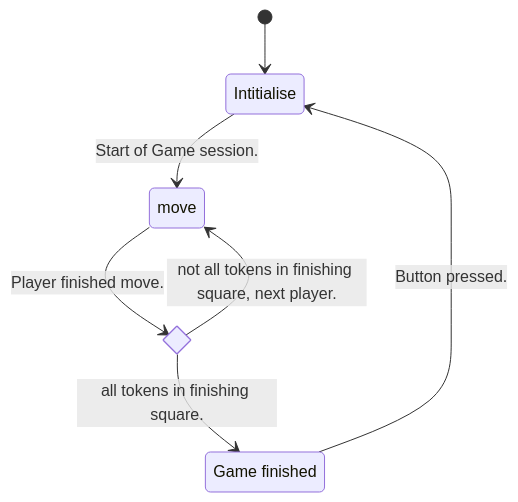
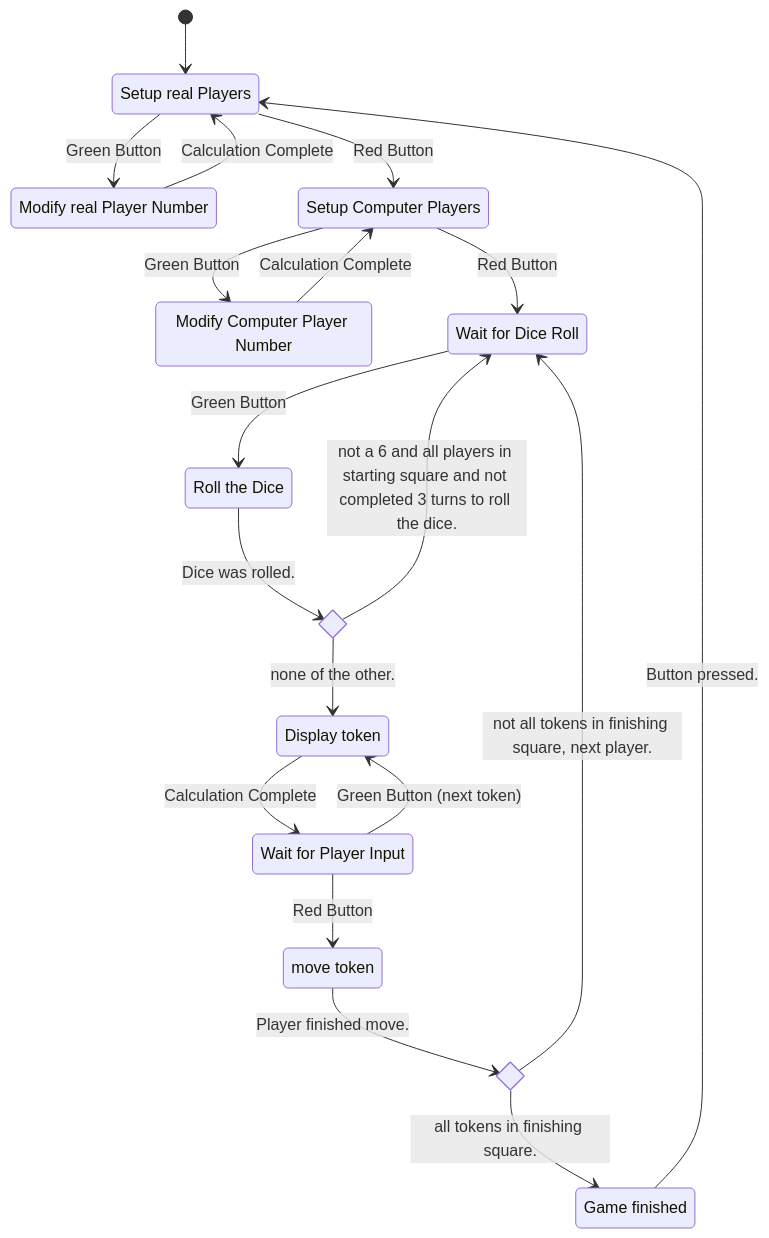
One commit to lukas1-12/Arduino_DHBW_Spiel changed the second of 4 diagrams in Design_Description/Software_Architecture/DOC_DED_SOA_Software_Architecture.md. Above: the diagram before and after it, drawn with Mermaid. The commit also changed other lines of this file and 2 other files, not shown here.

Commit message:
Redesigned the finite state machine.

````diff
--- a/Design_Description/Software_Architecture/DOC_DED_SOA_Software_Architecture.md
+++ b/Design_Description/Software_Architecture/DOC_DED_SOA_Software_Architecture.md
@@ -37,13 +37,34 @@
 ```mermaid
     stateDiagram-v2
         [*] --> s1
-        s1 : Intitialise
-        s1 --> s2 : Start of Game session.
-        s2 : move
+    s1 : Setup real Players
+        s1 --> s2 : Green Button
+        s2 --> s1: Calculation Complete
+    s2 : Modify real Player Number
+        s1 --> s3: Red Button
+    s3 : Setup Computer Players
+        s3 --> s4 : Green Button
+    s4 : Modify Computer Player Number
+        s4 --> s3: Calculation Complete
+        s3 --> s5 : Red Button
+    s5 : Wait for Dice Roll
+        s5 -->s6 : Green Button
+    s6 : Roll the Dice 
+        state if2 <<choice>>
+        s6 --> if2 : Dice was rolled.
+        if2 --> s5 : not a 6 and all players in starting square and not completed 3 turns to roll the dice.
+        if2 --> s8: none of the other.
+        # Players ------------------
+    s7 : Wait for Player Input
+        s7 --> s8 : Green Button (next token)
+    s8 : Display token
+        s8 --> s7 : Calculation Complete
+        s7 --> s9 : Red Button
+    s9 : move token
         state if1 <<choice>>
-        s2 --> if1 : Player finished move.
-        if1 --> s2 : not all tokens in finishing square, next player.
-        if1 --> s3 : all tokens in finishing square.
-        s3 : Game finished
-        s3 --> s1 : Button pressed.
+        s9 --> if1 : Player finished move.
+        if1 --> s5 : not all tokens in finishing square, next player.
+        if1 --> s10 : all tokens in finishing square.
+    s10: Game finished
+        s10 --> s1 : Button pressed.
 ```
````
